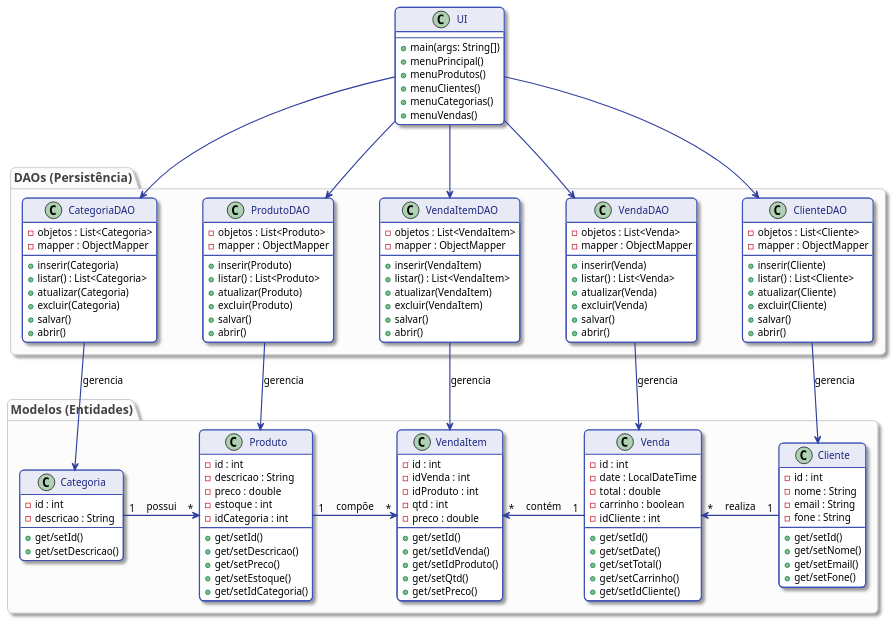
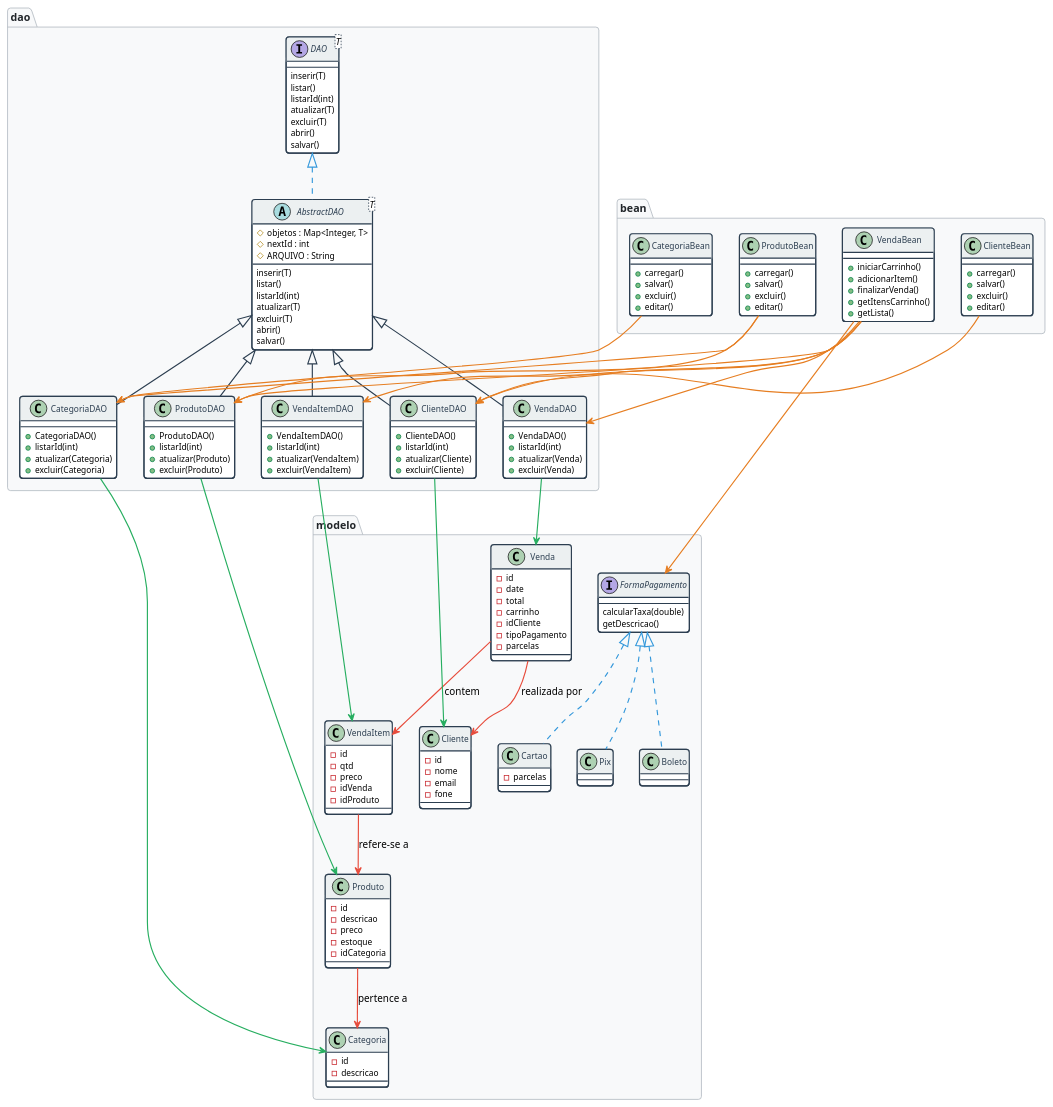
The diagram in src/docs/Diagrama.puml (gustavofjacome/ComercioEletronico), drawn with PlantUML before and after one commit. The commit also changed 3 other files, not shown here.

Commit message:
docs: refatorar diagrama uml para a versão atual do codigo e atualizar readmeMD

```diff
--- a/src/docs/Diagrama.puml
+++ b/src/docs/Diagrama.puml
@@ -1,164 +1,186 @@
 @startuml
-skinparam roundcorner 12
-skinparam shadowing true
-skinparam nodesep 60
-skinparam ranksep 80
-
-skinparam defaultFontName "Segoe UI", "Helvetica Neue", Helvetica, Arial, sans-serif
-skinparam classFontSize 14
-skinparam classAttributeFontSize 13
-skinparam packageFontSize 16
+skinparam roundcorner 8
+skinparam shadowing false
+skinparam defaultFontName "Segoe UI", Helvetica, Arial, sans-serif
+skinparam classFontSize 12
+skinparam classAttributeFontSize 11
 
 skinparam class {
     BackgroundColor #FFFFFF
-    BorderColor #3F51B5
+    BorderColor #2C3E50
     BorderThickness 1.5
-    ArrowColor #303F9F
     ArrowThickness 1.5
-    HeaderBackgroundColor #E8EAF6
-    FontColor #1A237E
+    HeaderBackgroundColor #ECF0F1
+    FontColor #2C3E50
 }
 
 skinparam package {
-    BackgroundColor #FCFCFC
-    BorderColor #BDBDBD
+    BackgroundColor #F8F9FA
+    BorderColor #ADB5BD
     BorderThickness 1
-    FontColor #424242
+    FontColor #212529
     FontStyle bold
 }
 
-class UI {
-    + main(args: String[])
-    + menuPrincipal()
-    + menuProdutos()
-    + menuClientes()
-    + menuCategorias()
-    + menuVendas()
+package "dao" {
+    interface "DAO<T>" as DAO {
+        inserir(T)
+        listar()
+        listarId(int)
+        atualizar(T)
+        excluir(T)
+        abrir()
+        salvar()
+    }
+
+    abstract class "AbstractDAO<T>" as AbstractDAO {
+        # objetos : Map<Integer, T>
+        # nextId : int
+        # ARQUIVO : String
+        inserir(T)
+        listar()
+        listarId(int)
+        atualizar(T)
+        excluir(T)
+        abrir()
+        salvar()
+    }
+
+    class CategoriaDAO {
+        + CategoriaDAO()
+        + listarId(int)
+        + atualizar(Categoria)
+        + excluir(Categoria)
+    }
+    class ProdutoDAO {
+        + ProdutoDAO()
+        + listarId(int)
+        + atualizar(Produto)
+        + excluir(Produto)
+    }
+    class ClienteDAO {
+        + ClienteDAO()
+        + listarId(int)
+        + atualizar(Cliente)
+        + excluir(Cliente)
+    }
+    class VendaDAO {
+        + VendaDAO()
+        + listarId(int)
+        + atualizar(Venda)
+        + excluir(Venda)
+    }
+    class VendaItemDAO {
+        + VendaItemDAO()
+        + listarId(int)
+        + atualizar(VendaItem)
+        + excluir(VendaItem)
+    }
+
+    DAO <|.. AbstractDAO #3498DB
+    AbstractDAO <|-- CategoriaDAO #2C3E50
+    AbstractDAO <|-- ProdutoDAO #2C3E50
+    AbstractDAO <|-- ClienteDAO #2C3E50
+    AbstractDAO <|-- VendaDAO #2C3E50
+    AbstractDAO <|-- VendaItemDAO #2C3E50
 }
 
-package "DAOs (Persistência)" {
-    class CategoriaDAO {
-        - objetos : List<Categoria>
-        - mapper : ObjectMapper
-        + inserir(Categoria)
-        + listar() : List<Categoria>
-        + atualizar(Categoria)
-        + excluir(Categoria)
+package "modelo" {
+    class Categoria {
+        - id
+        - descricao
+    }
+    class Produto {
+        - id
+        - descricao
+        - preco
+        - estoque
+        - idCategoria
+    }
+    class Cliente {
+        - id
+        - nome
+        - email
+        - fone
+    }
+    class Venda {
+        - id
+        - date
+        - total
+        - carrinho
+        - idCliente
+        - tipoPagamento
+        - parcelas
+    }
+    class VendaItem {
+        - id
+        - qtd
+        - preco
+        - idVenda
+        - idProduto
+    }
+
+    interface "FormaPagamento" as FormaPagamento {
+        calcularTaxa(double)
+        getDescricao()
+    }
+    class Boleto
+    class Cartao {
+        - parcelas
+    }
+    class Pix
+
+    FormaPagamento <|.. Boleto #3498DB
+    FormaPagamento <|.. Cartao #3498DB
+    FormaPagamento <|.. Pix #3498DB
+
+    Produto --> Categoria #E74C3C : pertence a
+    VendaItem --> Produto #E74C3C : refere-se a
+    Venda --> Cliente #E74C3C : realizada por
+    Venda --> VendaItem #E74C3C : contem
+}
+
+package "bean" {
+    class CategoriaBean {
+        + carregar()
         + salvar()
-        + abrir()
+        + excluir()
+        + editar()
     }
-    class ProdutoDAO {
-        - objetos : List<Produto>
-        - mapper : ObjectMapper
-        + inserir(Produto)
-        + listar() : List<Produto>
-        + atualizar(Produto)
-        + excluir(Produto)
+    class ClienteBean {
+        + carregar()
         + salvar()
-        + abrir()
+        + excluir()
+        + editar()
     }
-    class VendaItemDAO {
-        - objetos : List<VendaItem>
-        - mapper : ObjectMapper
-        + inserir(VendaItem)
-        + listar() : List<VendaItem>
-        + atualizar(VendaItem)
-        + excluir(VendaItem)
+    class ProdutoBean {
+        + carregar()
         + salvar()
-        + abrir()
+        + excluir()
+        + editar()
     }
-    class VendaDAO {
-        - objetos : List<Venda>
-        - mapper : ObjectMapper
-        + inserir(Venda)
-        + listar() : List<Venda>
-        + atualizar(Venda)
-        + excluir(Venda)
-        + salvar()
-        + abrir()
-    }
-    class ClienteDAO {
-        - objetos : List<Cliente>
-        - mapper : ObjectMapper
-        + inserir(Cliente)
-        + listar() : List<Cliente>
-        + atualizar(Cliente)
-        + excluir(Cliente)
-        + salvar()
-        + abrir()
+    class VendaBean {
+        + iniciarCarrinho()
+        + adicionarItem()
+        + finalizarVenda()
+        + getItensCarrinho()
+        + getLista()
     }
 }
 
-package "Modelos (Entidades)" {
-    class Categoria {
-        - id : int
-        - descricao : String
-        + get/setId()
-        + get/setDescricao()
-    }
-    class Produto {
-        - id : int
-        - descricao : String
-        - preco : double
-        - estoque : int
-        - idCategoria : int
-        + get/setId()
-        + get/setDescricao()
-        + get/setPreco()
-        + get/setEstoque()
-        + get/setIdCategoria()
-    }
-    class VendaItem {
-        - id : int
-        - idVenda : int
-        - idProduto : int
-        - qtd : int
-        - preco : double
-        + get/setId()
-        + get/setIdVenda()
-        + get/setIdProduto()
-        + get/setQtd()
-        + get/setPreco()
-    }
-    class Venda {
-        - id : int
-        - date : LocalDateTime
-        - total : double
-        - carrinho : boolean
-        - idCliente : int
-        + get/setId()
-        + get/setDate()
-        + get/setTotal()
-        + get/setCarrinho()
-        + get/setIdCliente()
-    }
-    class Cliente {
-        - id : int
-        - nome : String
-        - email : String
-        - fone : String
-        + get/setId()
-        + get/setNome()
-        + get/setEmail()
-        + get/setFone()
-    }
-}
+CategoriaDAO --> Categoria #27AE60
+ProdutoDAO --> Produto #27AE60
+ClienteDAO --> Cliente #27AE60
+VendaDAO --> Venda #27AE60
+VendaItemDAO --> VendaItem #27AE60
 
-UI --> CategoriaDAO
-UI --> ProdutoDAO
-UI --> VendaItemDAO
-UI --> VendaDAO
-UI --> ClienteDAO
-
-CategoriaDAO --> Categoria : gerencia
-ProdutoDAO --> Produto : gerencia
-VendaItemDAO --> VendaItem : gerencia
-VendaDAO --> Venda : gerencia
-ClienteDAO --> Cliente : gerencia
-
-Categoria "1" -right-> "*" Produto : possui
-Produto "1" -right-> "*" VendaItem : compõe
-Venda "1" -left-> "*" VendaItem : contém
-Cliente "1" -left-> "*" Venda : realiza
-
+CategoriaBean --> CategoriaDAO #E67E22
+ClienteBean --> ClienteDAO #E67E22
+ProdutoBean --> ProdutoDAO #E67E22
+ProdutoBean --> CategoriaDAO #E67E22
+VendaBean --> VendaDAO #E67E22
+VendaBean --> VendaItemDAO #E67E22
+VendaBean --> ProdutoDAO #E67E22
+VendaBean --> ClienteDAO #E67E22
+VendaBean --> FormaPagamento #E67E22
 @enduml
```
